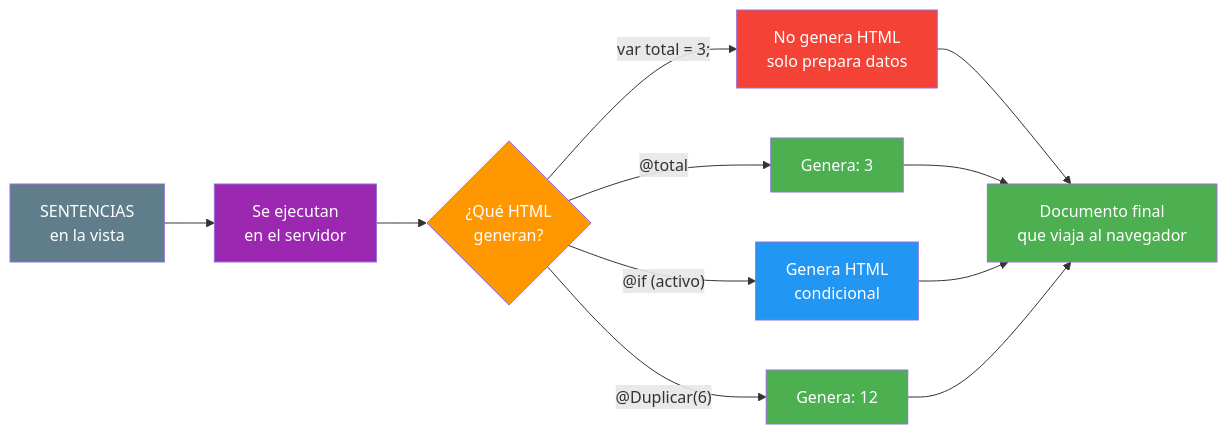
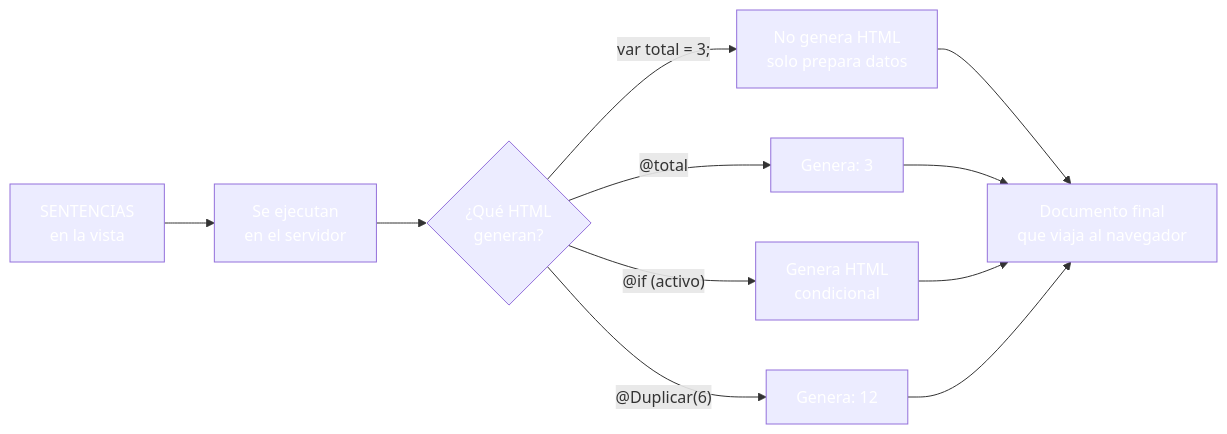
Before and after one commit to joseluisgs/DesarrolloWebEntornosServidor-03-2026-2027: the third of 6 diagrams in 02-directivas-sintaxis.md, drawn with Mermaid. The commit also changed other lines of this file and 30 other files, not shown here.

````diff
--- a/02-directivas-sintaxis.md
+++ b/02-directivas-sintaxis.md
@@ -292,22 +292,22 @@
 ```mermaid
 graph LR
     A["SENTENCIAS<br/>en la vista"] --> B["Se ejecutan<br/>en el servidor"]
     B --> C{"¿Qué HTML<br/>generan?"}
     C -->|"var total = 3;"| D["No genera HTML<br/>solo prepara datos"]
     C -->|"@total"| E["Genera:  3"]
     C -->|"@if (activo)"| F["Genera HTML<br/>condicional"]
     C -->|"@Duplicar(6)"| G["Genera:  12"]
     D --> H["Documento final<br/>que viaja al navegador"]
     E --> H
     F --> H
     G --> H
 
-    style A fill:#607D8B,color:#fff
-    style B fill:#9C27B0,color:#fff
-    style C fill:#FF9800,color:#fff
-    style D fill:#f44336,color:#fff
-    style E fill:#4CAF50,color:#fff
-    style F fill:#2196F3,color:#fff
-    style G fill:#4CAF50,color:#fff
-    style H fill:#4CAF50,color:#fff
+    style A fill:#607D8,color:#fffB,color:#fff
+    style B fill:#9C27B,color:#fff0,color:#fff
+    style C fill:#FF980,color:#fff0,color:#fff
+    style D fill:#f4433,color:#fff6,color:#fff
+    style E fill:#4CAF5,color:#fff0,color:#fff
+    style F fill:#2196F,color:#fff3,color:#fff
+    style G fill:#4CAF5,color:#fff0,color:#fff
+    style H fill:#4CAF5,color:#fff0,color:#fff
 ```
````
